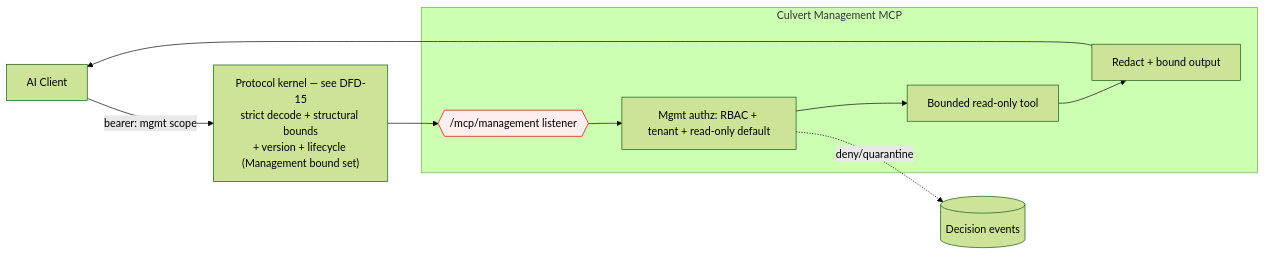
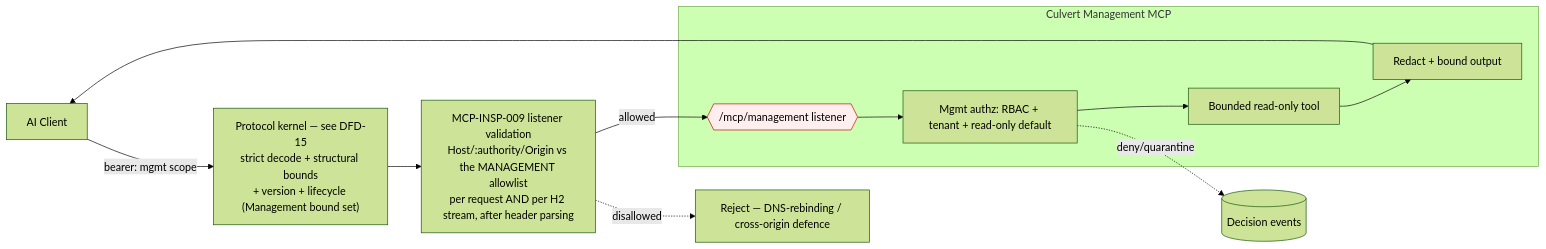
The first of 15 diagrams in docs/design/mcp/DATA-FLOW-DIAGRAMS.md (KidCarmi/Culvert), drawn with Mermaid (forest theme) before and after one commit. The commit also changed other lines of this file and 1 other file, not shown here.

First line of the commit message:
docs(mcp): honour the loss policy, validate Management Host/Origin, fix the coverage row

````diff
--- a/docs/design/mcp/DATA-FLOW-DIAGRAMS.md
+++ b/docs/design/mcp/DATA-FLOW-DIAGRAMS.md
@@ -20,14 +20,16 @@
 ```mermaid
 flowchart LR
   AC[AI Client] -- bearer: mgmt scope --> K15["Protocol kernel — see DFD-15<br/>strict decode + structural bounds<br/>+ version + lifecycle (Management bound set)"]
-  K15 --> L1{{/mcp/management listener}}
+  K15 --> HV1["MCP-INSP-009 listener validation<br/>Host/:authority/Origin vs the MANAGEMENT allowlist<br/>per request AND per H2 stream, after header parsing"]
+  HV1 -->|allowed| L1{{/mcp/management listener}}
+  HV1 -.disallowed.-> HVX1[Reject — DNS-rebinding / cross-origin defence]
   subgraph Culvert Management MCP
     L1 --> AZ[Mgmt authz: RBAC + tenant + read-only default]
     AZ --> RO[Bounded read-only tool]
     RO --> RED[Redact + bound output]
   end
   RED --> AC
   AZ -. deny/quarantine .-> EV[(Decision events)]
   classDef tb fill:#fee,stroke:#c00;
   class L1 tb
 ```
````
